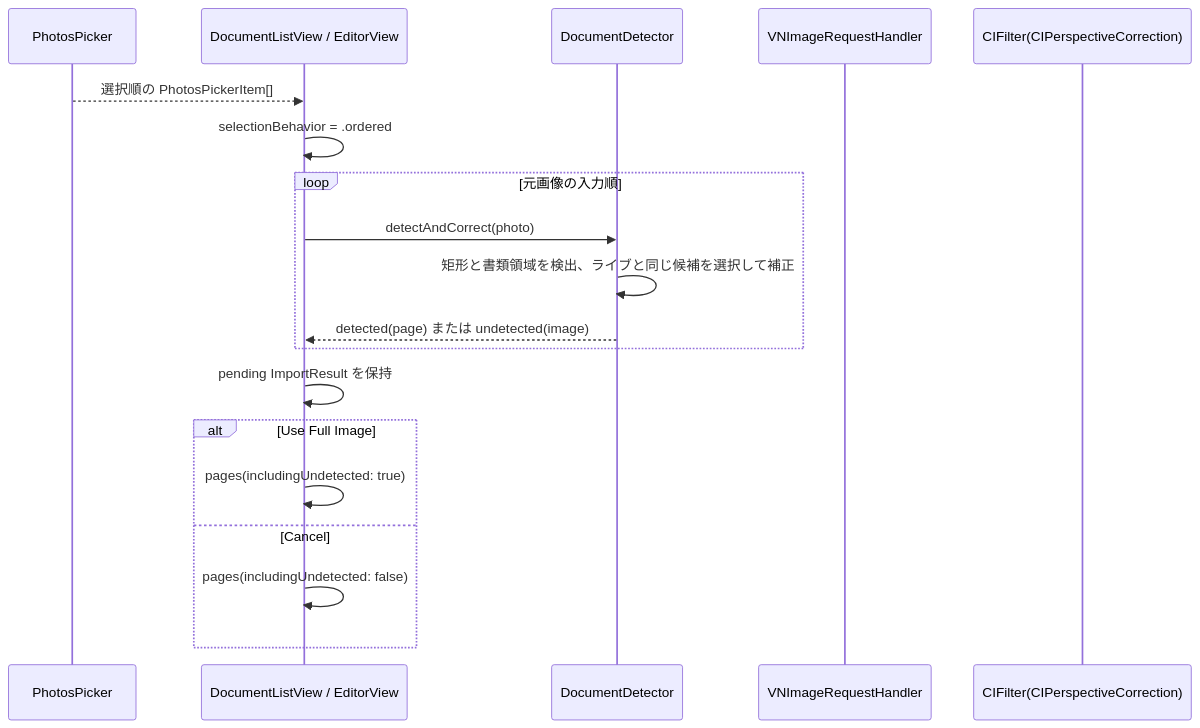
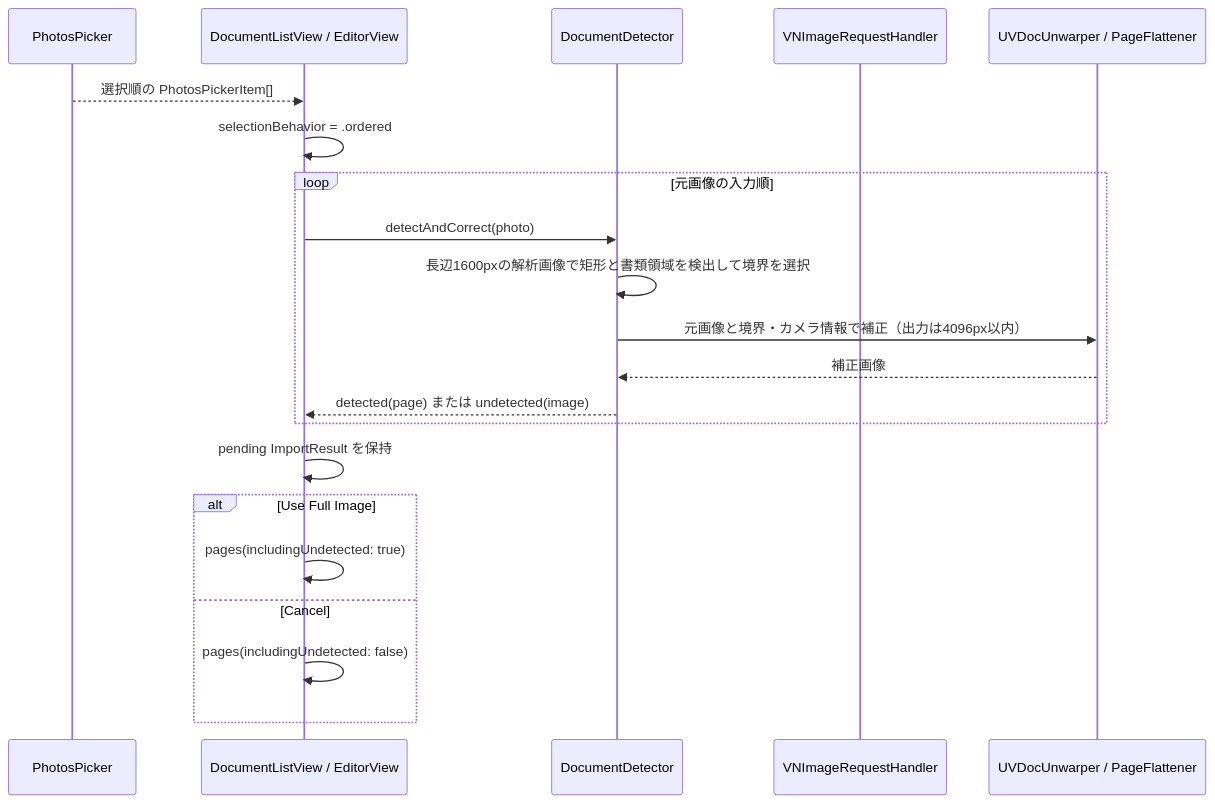
The second of 2 diagrams in DocScanner/Processing/README.md (gomurin0428/DocScanner), drawn with Mermaid before and after one commit. The commit also changed other lines of this file and 4 other files, not shown here.

````diff
--- a/DocScanner/Processing/README.md
+++ b/DocScanner/Processing/README.md
@@ -126,21 +130,23 @@
 ```mermaid
 sequenceDiagram
     participant Picker as PhotosPicker
     participant UI as DocumentListView / EditorView
     participant Det as DocumentDetector
     participant VN as VNImageRequestHandler
-    participant CI as CIFilter(CIPerspectiveCorrection)
+    participant Warp as UVDocUnwarper / PageFlattener
     Picker-->>UI: 選択順の PhotosPickerItem[]
     UI->>UI: selectionBehavior = .ordered
     loop 元画像の入力順
         UI->>Det: detectAndCorrect(photo)
-        Det->>Det: 矩形と書類領域を検出、ライブと同じ候補を選択して補正
+        Det->>Det: 長辺1600pxの解析画像で矩形と書類領域を検出して境界を選択
+        Det->>Warp: 元画像と境界・カメラ情報で補正（出力は4096px以内）
+        Warp-->>Det: 補正画像
         Det-->>UI: detected(page) または undetected(image)
     end
     UI->>UI: pending ImportResult を保持
     alt Use Full Image
         UI->>UI: pages(includingUndetected: true)
     else Cancel
         UI->>UI: pages(includingUndetected: false)
     end
 ```
````
